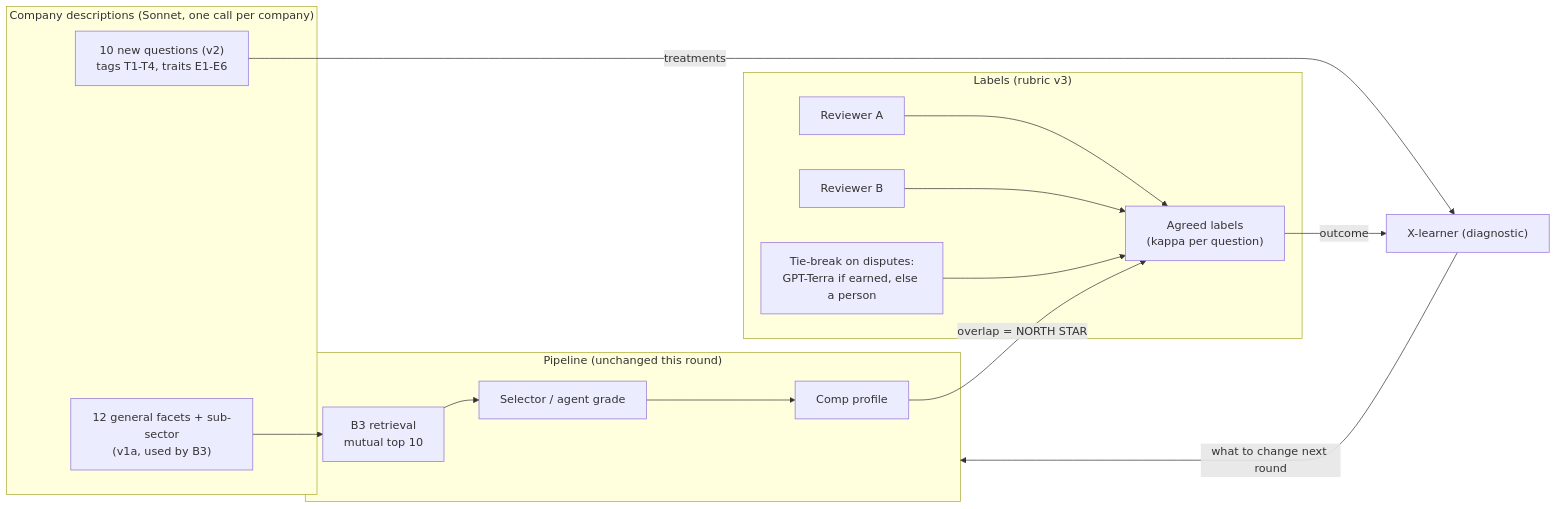
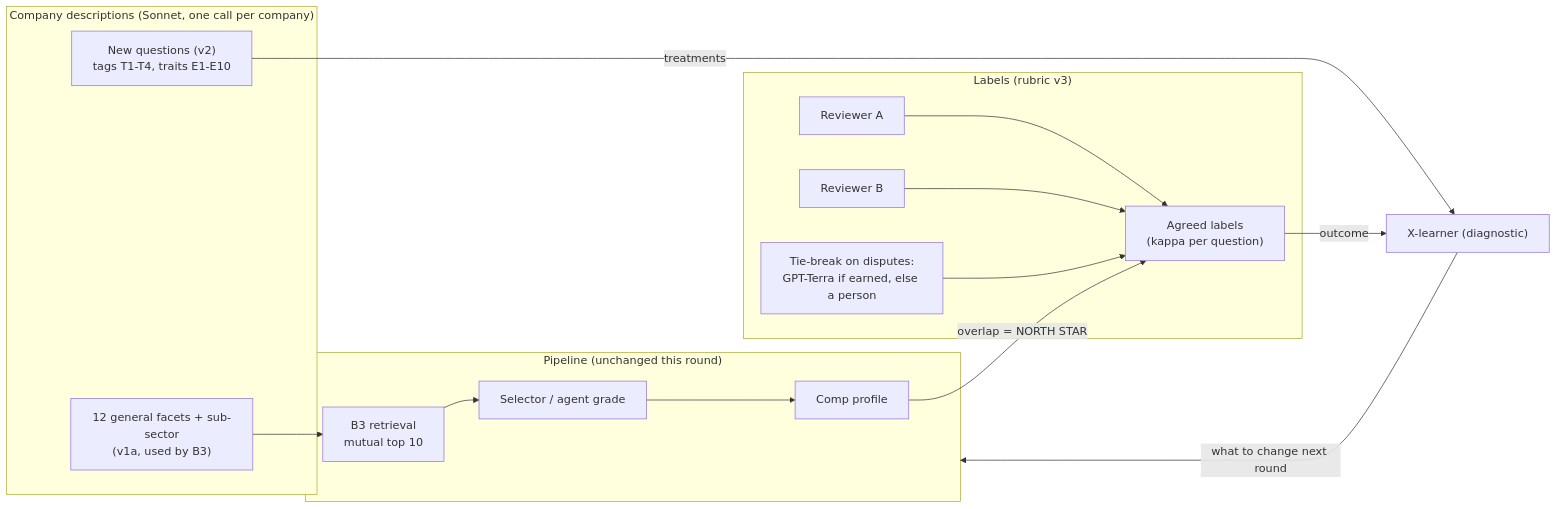
One commit to Qual2Cast/Qual2Cast changed the diagram in v2/EVAL_METHOD.md. Above: the diagram before and after it, drawn with Mermaid. The commit also changed other lines of this file and 2 other files, not shown here.

First line of the commit message:
v2 docs: name round-2 traits (E7-E10) where docs listed only round 1

````diff
--- a/v2/EVAL_METHOD.md
+++ b/v2/EVAL_METHOD.md
@@ -40,20 +40,20 @@
 ```mermaid
 flowchart LR
   subgraph fills["Company descriptions (Sonnet, one call per company)"]
     F12["12 general facets + sub-sector<br/>(v1a, used by B3)"]
-    TT["10 new questions (v2)<br/>tags T1-T4, traits E1-E6"]
+    TT["New questions (v2)<br/>tags T1-T4, traits E1-E10"]
   end
   subgraph pipeline["Pipeline (unchanged this round)"]
     B3["B3 retrieval<br/>mutual top 10"] --> SEL["Selector / agent grade"] --> CP["Comp profile"]
   end
   subgraph labels["Labels (rubric v3)"]
     R1["Reviewer A"] --> CONS["Agreed labels<br/>(kappa per question)"]
     R2["Reviewer B"] --> CONS
     TB["Tie-break on disputes:<br/>GPT-Terra if earned, else a person"] --> CONS
   end
   F12 --> B3
   CP -->|"overlap = NORTH STAR"| CONS
   TT -->|"treatments"| XL["X-learner (diagnostic)"]
   CONS -->|"outcome"| XL
   XL -->|"what to change next round"| pipeline
 ```
````
